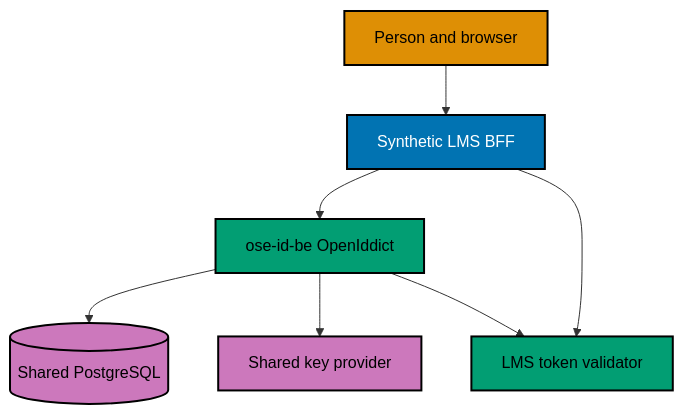
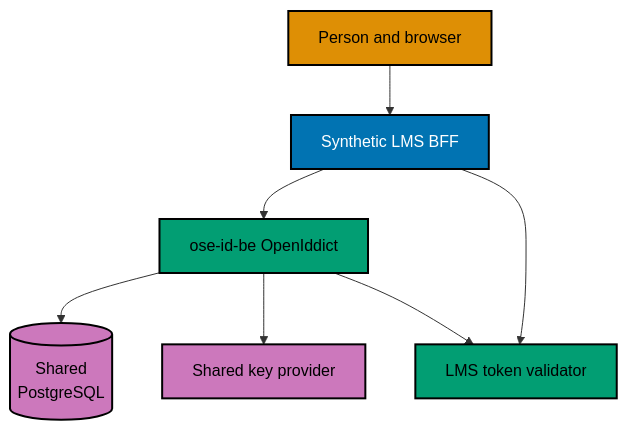
One commit to wahidyankf/ose-public changed the diagram in plans/backlog/ose-id-init-04-oidc-oauth-provider/tech-docs/README.md. Above: the diagram before and after it, drawn with Mermaid. The commit also changed 220 other files, not shown here.

First line of the commit message:
docs: split mermaid labels to 20 graphemes and add palette defaults

````diff
--- a/plans/backlog/ose-id-init-04-oidc-oauth-provider/tech-docs/README.md
+++ b/plans/backlog/ose-id-init-04-oidc-oauth-provider/tech-docs/README.md
@@ -21,21 +21,22 @@
 ```mermaid
 %% Color Palette: Blue #0173B2, Orange #DE8F05, Teal #029E73, Purple #CC78BC
 flowchart TD
   accTitle: Init 04 protocol architecture
   accDescr: A browser carries redirects between a synthetic local BFF and OSE ID. OSE ID stores authorization state and consent in PostgreSQL, signs tokens through a shared key provider, and publishes validation keys to the LMS resource.
   U["Person and browser"] --> C["Synthetic LMS BFF"]
   C --> I["ose-id-be OpenIddict"]
-  I --> P[("Shared PostgreSQL")]
+  I --> P[("Shared<br/>PostgreSQL")]
   I --> K["Shared key provider"]
   I --> R["LMS token validator"]
   C --> R
 
   classDef actor fill:#DE8F05,stroke:#000000,color:#000000,stroke-width:2px
   classDef client fill:#0173B2,stroke:#000000,color:#FFFFFF,stroke-width:2px
   classDef service fill:#029E73,stroke:#000000,color:#000000,stroke-width:2px
   classDef store fill:#CC78BC,stroke:#000000,color:#000000,stroke-width:2px
   class U actor
   class C client
   class I,R service
   class P,K store
+  classDef default fill:#FFFFFF,stroke:#000000,color:#000000
 ```
````
